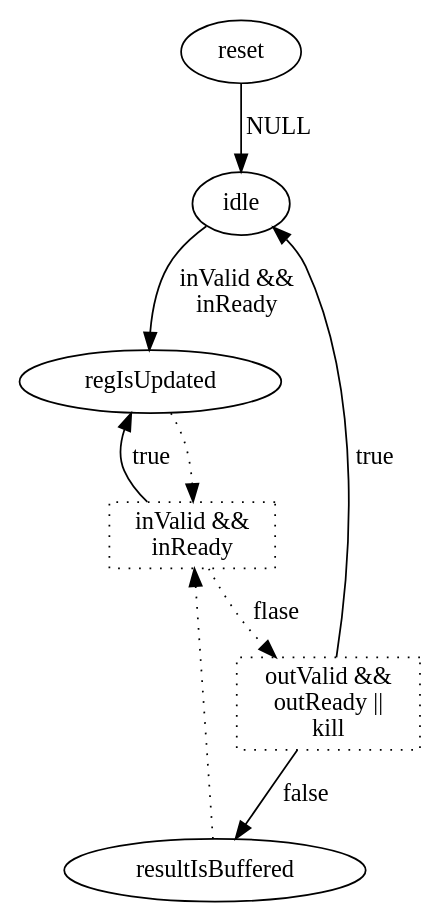
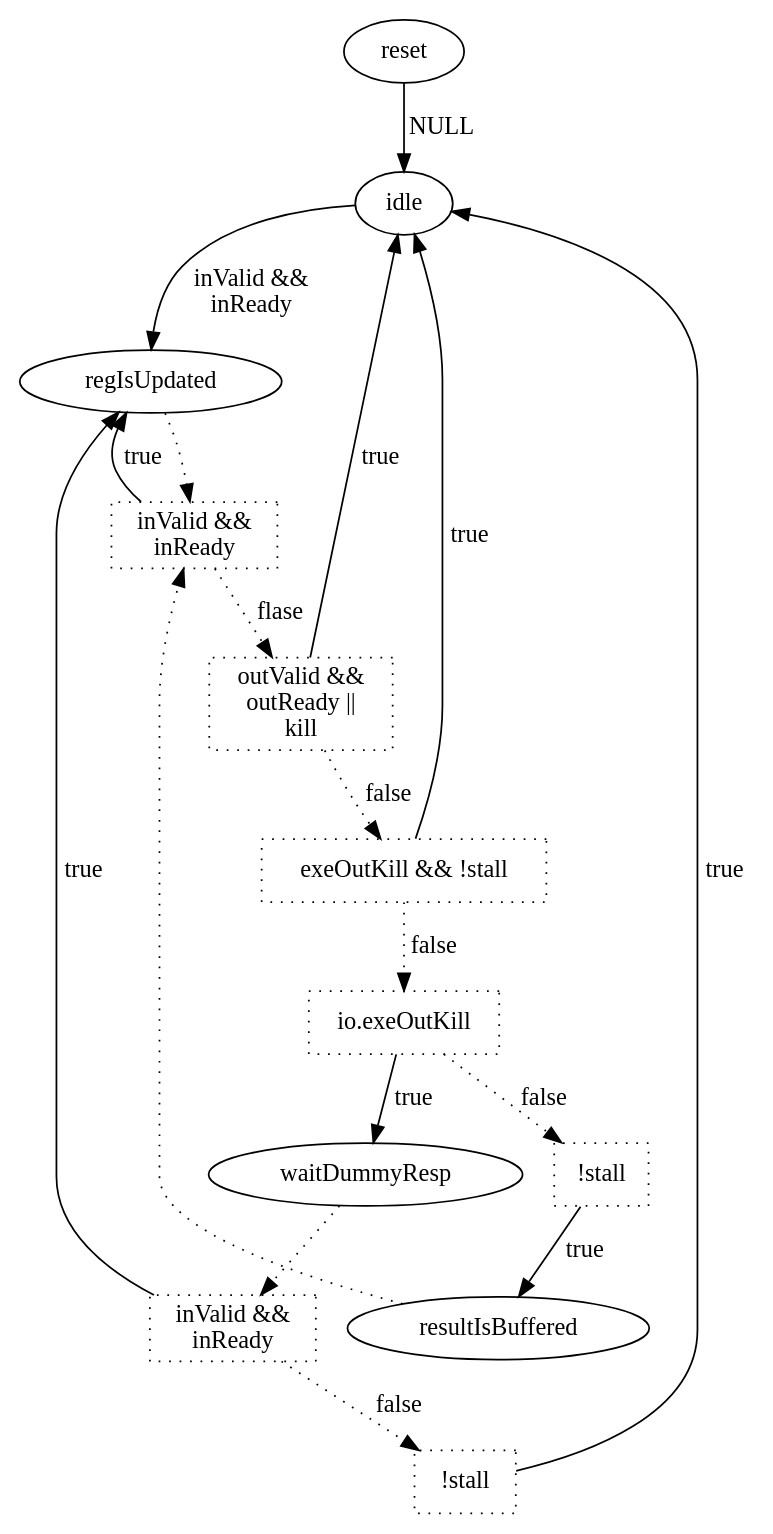
Before and after one commit to yuhengy/coredesign: the diagram in documents/stateMachine/instFetch.gv, drawn with Graphviz. The commit also changed 12 other files, not shown here.

```diff
--- a/documents/stateMachine/instFetch.gv
+++ b/documents/stateMachine/instFetch.gv
@@ -1,23 +1,48 @@
 digraph G {
 
   # Stage 0
   reset -> idle [label="NULL"];
 
   # Stage 1
   idle -> regIsUpdated [label="inValid &&\ninReady"];
 
   # Stage 2
   regIsUpdated -> "inValid &&\ninReady" [style=dotted];
     # Logic a
     "inValid &&\ninReady" [style=dotted, shape=box];
     "inValid &&\ninReady" -> regIsUpdated [label="true"];
     "inValid &&\ninReady" -> "outValid &&\noutReady ||\nkill" [style=dotted, label="flase"];
 
     # Logic b
     "outValid &&\noutReady ||\nkill" [style=dotted, shape=box];
     "outValid &&\noutReady ||\nkill" -> idle [label="true"];
-    "outValid &&\noutReady ||\nkill" -> resultIsBuffered [label="false"];
+    "outValid &&\noutReady ||\nkill" -> "exeOutKill && !stall" [style=dotted, label="false"];
+
+    # Logic c
+    "exeOutKill && !stall" [style=dotted, shape=box];
+    "exeOutKill && !stall" -> idle [label="true"];
+    "exeOutKill && !stall" -> "io.exeOutKill" [style=dotted, label="false"];
+
+    # Logic d
+    "io.exeOutKill" [style=dotted, shape=box];
+    "io.exeOutKill" -> waitDummyResp [label="true"];
+    "io.exeOutKill" -> "!stall" [style=dotted, label="false"];
+
+    # Logic e
+    "!stall" [style=dotted, shape=box];
+    "!stall" -> resultIsBuffered [label="true"];
 
   # Stage 3
   resultIsBuffered -> "inValid &&\ninReady" [style=dotted];
+
+  # Stage 4
+  waitDummyResp -> "inValid &&\ninReady " [style=dotted];
+    # Logic a
+    "inValid &&\ninReady " [style=dotted, shape=box];
+    "inValid &&\ninReady " -> regIsUpdated [label="true"];
+    "inValid &&\ninReady " -> "!stall " [style=dotted, label="false"];
+
+    # Logic a
+    "!stall " [style=dotted, shape=box];
+    "!stall " -> idle [label="true"];
 }
```
